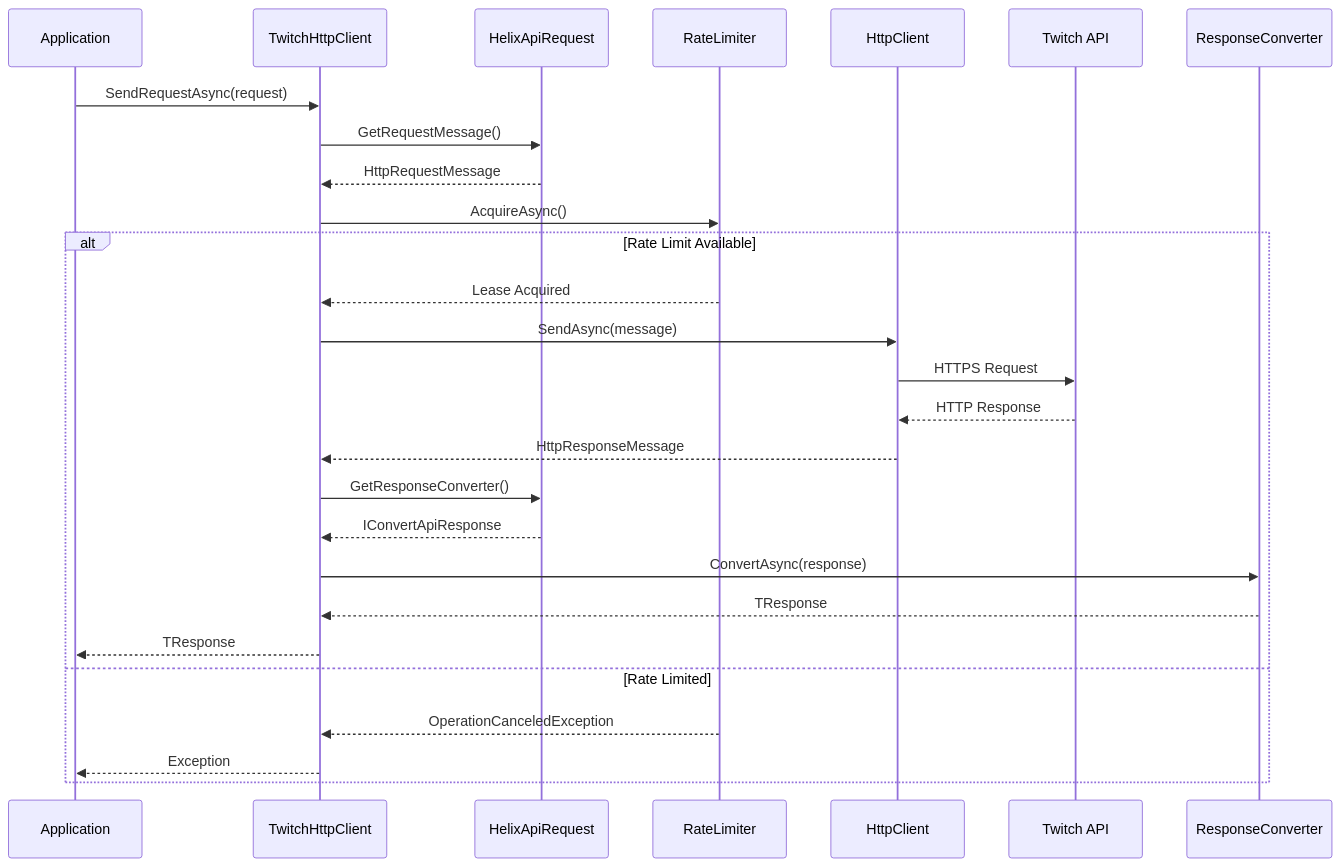
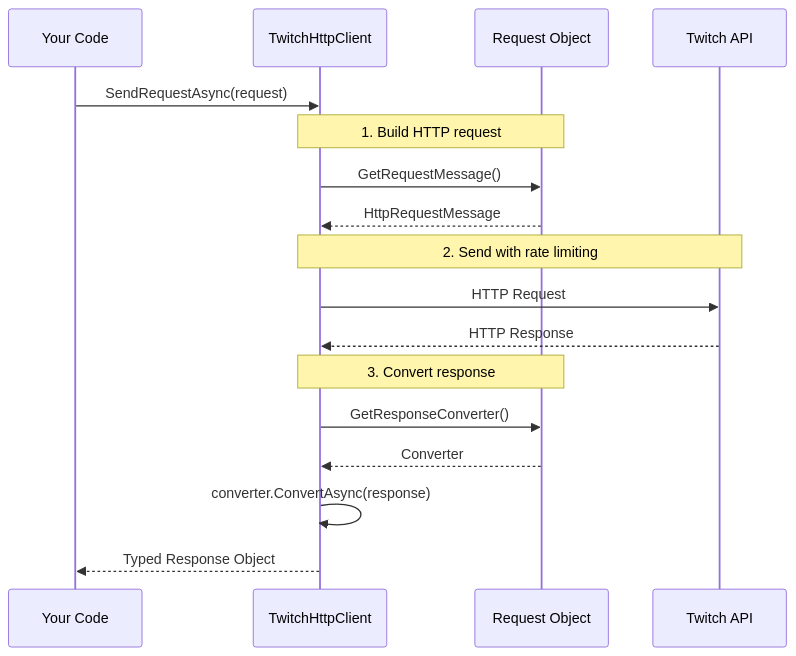
Before and after one commit to Yoyoyopo5/TwitchySharp: the third of 6 diagrams in Docs/Architecture.md, drawn with Mermaid. The commit also changed other lines of this file, not shown here.

First line of the commit message:
Improve architecture docs for developer onboarding

````diff
--- a/Docs/Architecture.md
+++ b/Docs/Architecture.md
@@ -280,33 +112,24 @@
 ```mermaid
 sequenceDiagram
-    participant App as Application
+    participant App as Your Code
     participant Client as TwitchHttpClient
-    participant Request as HelixApiRequest
-    participant RL as RateLimiter
-    participant HTTP as HttpClient
+    participant Request as Request Object
     participant Twitch as Twitch API
-    participant Conv as ResponseConverter
 
     App->>Client: SendRequestAsync(request)
+
+    Note over Client,Request: 1. Build HTTP request
     Client->>Request: GetRequestMessage()
     Request-->>Client: HttpRequestMessage
 
-    Client->>RL: AcquireAsync()
+    Note over Client,Twitch: 2. Send with rate limiting
+    Client->>Twitch: HTTP Request
+    Twitch-->>Client: HTTP Response
 
-    alt Rate Limit Available
-        RL-->>Client: Lease Acquired
-        Client->>HTTP: SendAsync(message)
-        HTTP->>Twitch: HTTPS Request
-        Twitch-->>HTTP: HTTP Response
-        HTTP-->>Client: HttpResponseMessage
+    Note over Client,Request: 3. Convert response
+    Client->>Request: GetResponseConverter()
+    Request-->>Client: Converter
+    Client->>Client: converter.ConvertAsync(response)
 
-        Client->>Request: GetResponseConverter()
-        Request-->>Client: IConvertApiResponse
-        Client->>Conv: ConvertAsync(response)
-        Conv-->>Client: TResponse
-        Client-->>App: TResponse
-    else Rate Limited
-        RL-->>Client: OperationCanceledException
-        Client-->>App: Exception
-    end
+    Client-->>App: Typed Response Object
 ```
````
